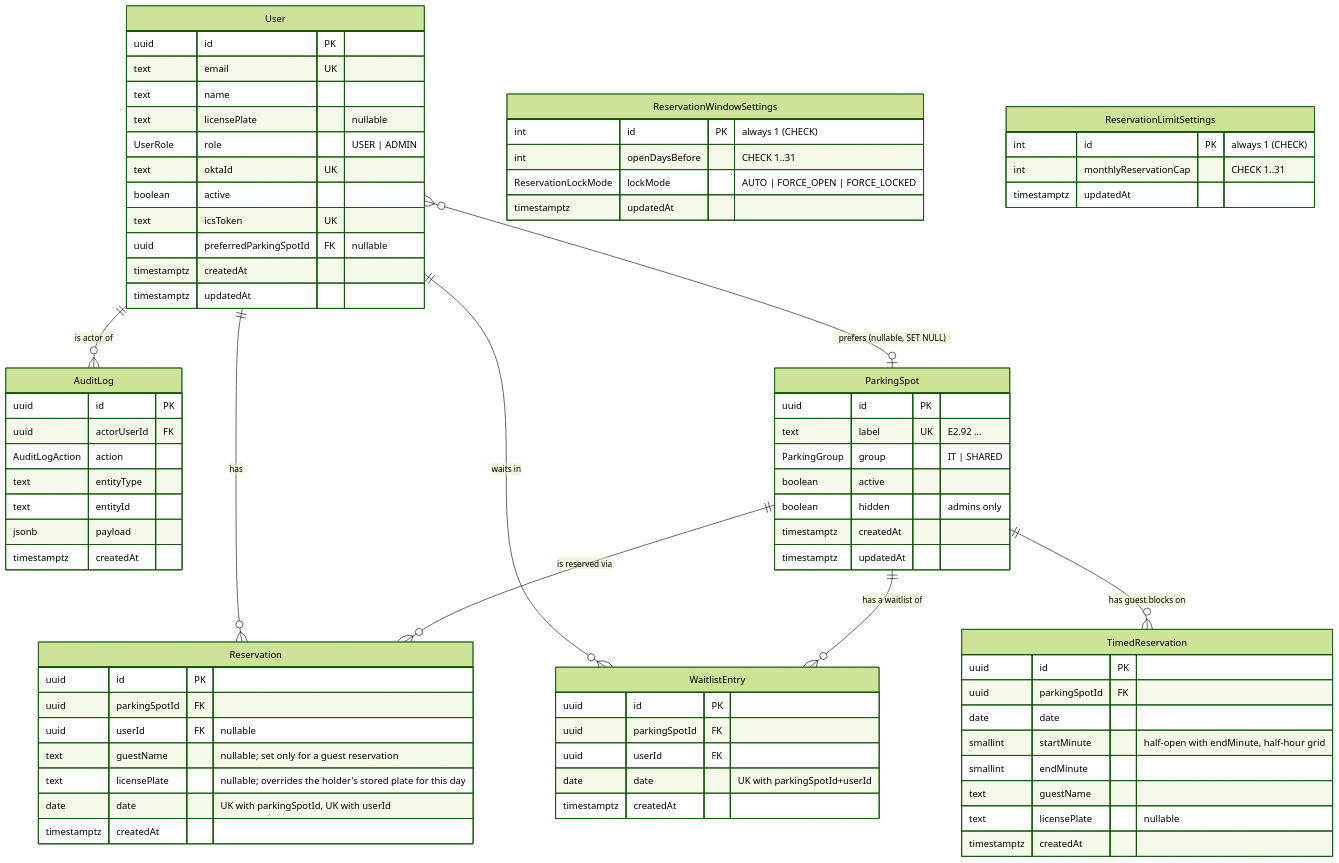
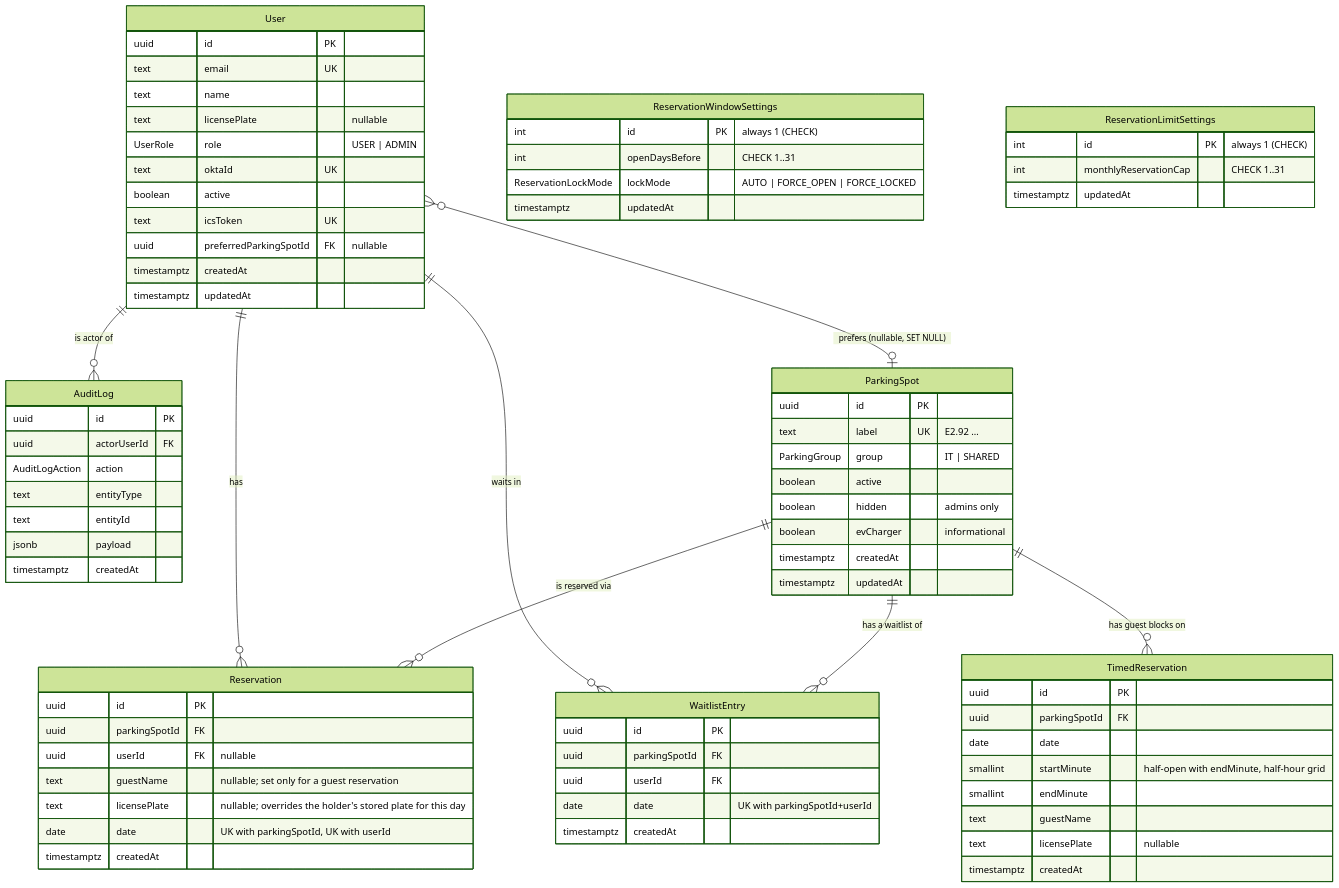
Before and after one commit to ZibbyKarel/shoptet-garage: the diagram in doc/database.md, drawn with Mermaid (forest theme). The commit also changed 4 other files, not shown here.

First line of the commit message:
docs: record that the EV charger flag is informational and shown to everyone

```diff
--- a/doc/database.md
+++ b/doc/database.md
@@ -64,6 +64,7 @@
         ParkingGroup group "IT | SHARED"
         boolean active
         boolean hidden "admins only"
+        boolean evCharger "informational"
         timestamptz createdAt
         timestamptz updatedAt
     }
```
